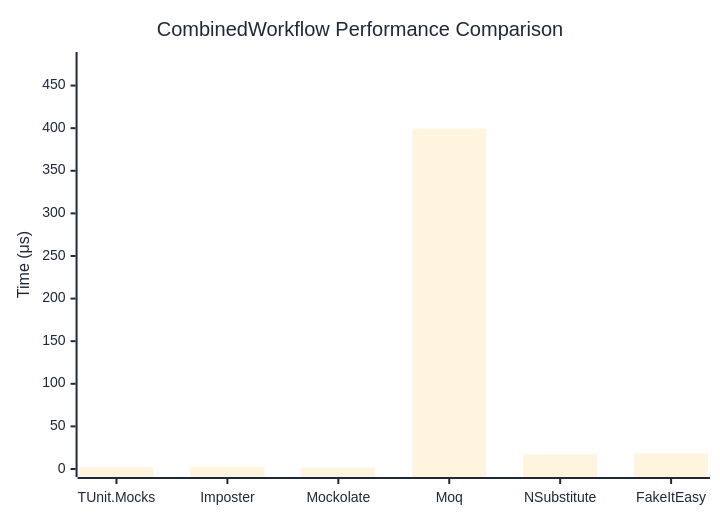
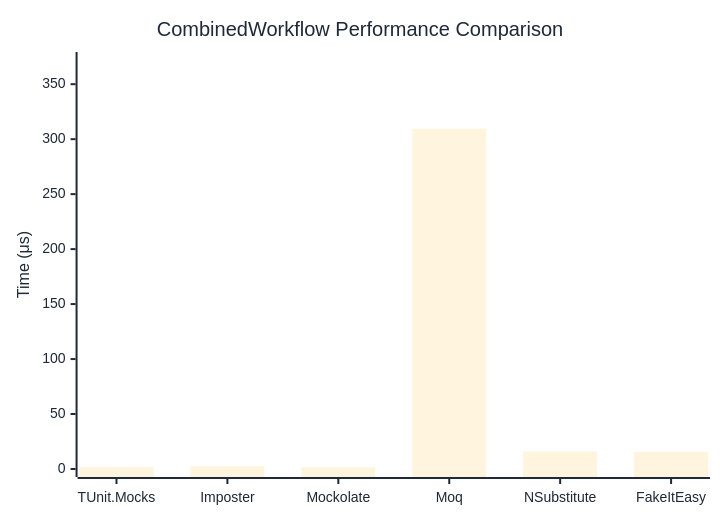
Before and after one commit to thomhurst/TUnit: the diagram in docs/docs/benchmarks/mocks/CombinedWorkflow.md, drawn with Mermaid. The commit also changed other lines of this file and 14 other files, not shown here.

````diff
--- a/docs/docs/benchmarks/mocks/CombinedWorkflow.md
+++ b/docs/docs/benchmarks/mocks/CombinedWorkflow.md
@@ -30,27 +30,27 @@
 ```mermaid
 %%{init: {
   'theme':'base',
   'themeVariables': {
     'primaryColor': '#2563eb',
     'primaryTextColor': '#1f2937',
     'primaryBorderColor': '#1e40af',
     'lineColor': '#6b7280',
     'secondaryColor': '#7c3aed',
     'tertiaryColor': '#dc2626',
     'background': '#ffffff',
     'pie1': '#2563eb',
     'pie2': '#7c3aed',
     'pie3': '#dc2626',
     'pie4': '#f59e0b',
     'pie5': '#10b981',
     'pie6': '#06b6d4',
     'pie7': '#ec4899',
     'pie8': '#6366f1'
   }
 }}%%
 xychart-beta
   title "CombinedWorkflow Performance Comparison"
   x-axis ["TUnit.Mocks", "Imposter", "Mockolate", "Moq", "NSubstitute", "FakeItEasy"]
-  y-axis "Time (μs)" 0 --> 480
-  bar [1.893, 2.568, 1.597, 399.462, 17.112, 18.281]
+  y-axis "Time (μs)" 0 --> 372
+  bar [1.805, 2.519, 1.613, 309.421, 15.879, 15.677]
 ```
````
